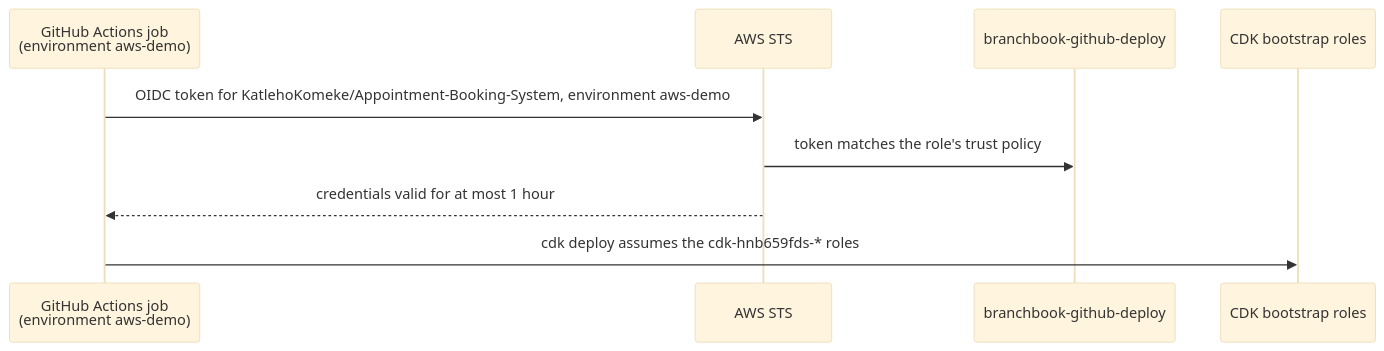
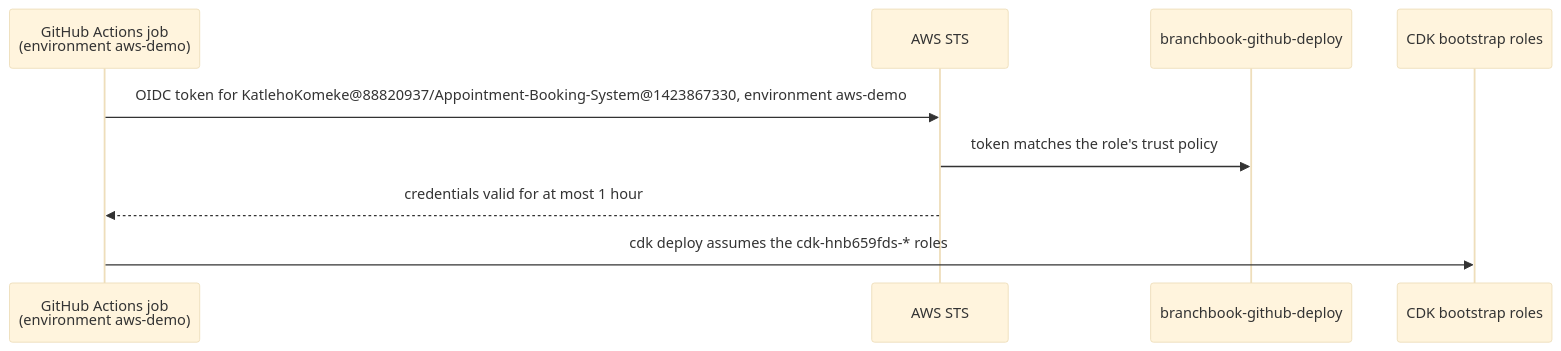
Before and after one commit to KatlehoKomeke/Appointment-Booking-System: the diagram in infra/README.md, drawn with Mermaid (base theme). The commit also changed other lines of this file and 4 other files, not shown here.

````diff
--- a/infra/README.md
+++ b/infra/README.md
@@ -18,11 +18,11 @@
 ```mermaid
 sequenceDiagram
     participant GH as GitHub Actions job<br/>(environment aws-demo)
     participant STS as AWS STS
     participant Role as branchbook-github-deploy
     participant Boot as CDK bootstrap roles
-    GH->>STS: OIDC token for KatlehoKomeke/Appointment-Booking-System, environment aws-demo
+    GH->>STS: OIDC token for KatlehoKomeke@88820937/Appointment-Booking-System@1423867330, environment aws-demo
     STS->>Role: token matches the role's trust policy
     STS-->>GH: credentials valid for at most 1 hour
     GH->>Boot: cdk deploy assumes the cdk-hnb659fds-* roles
 ```
````
